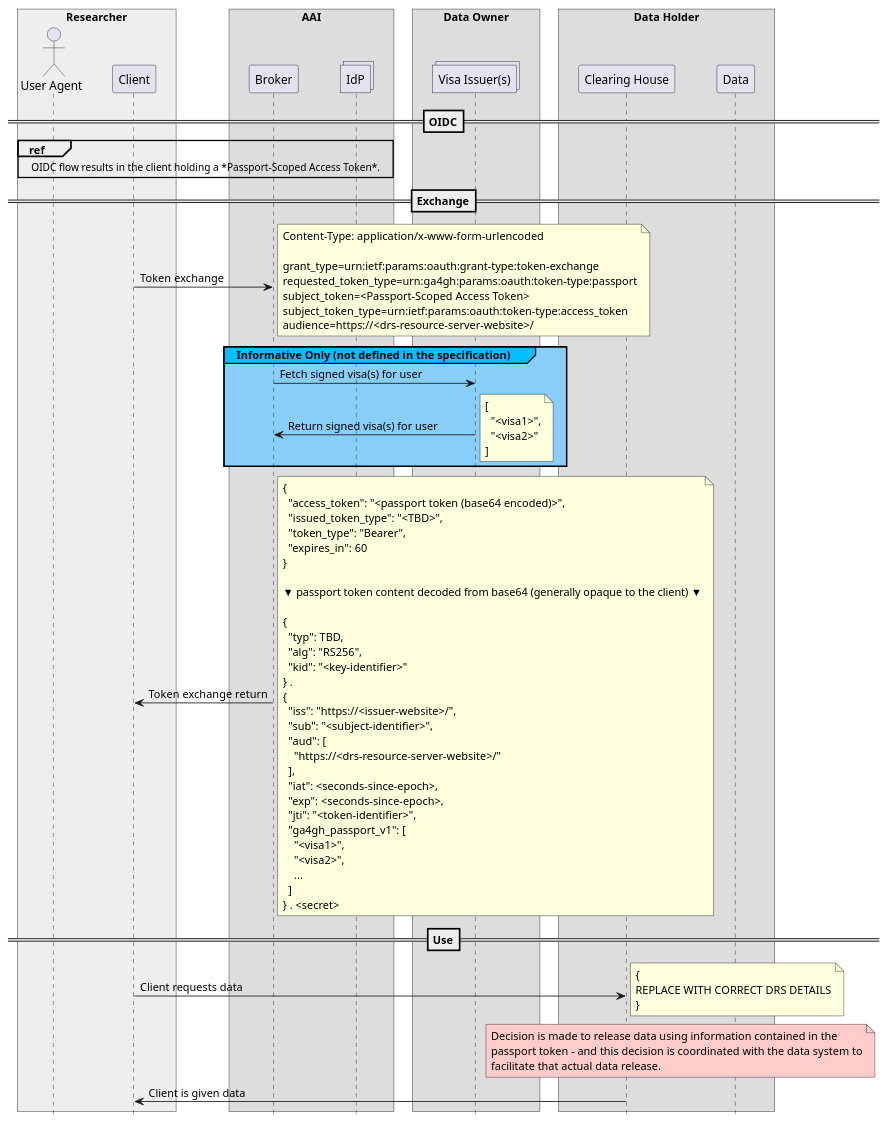
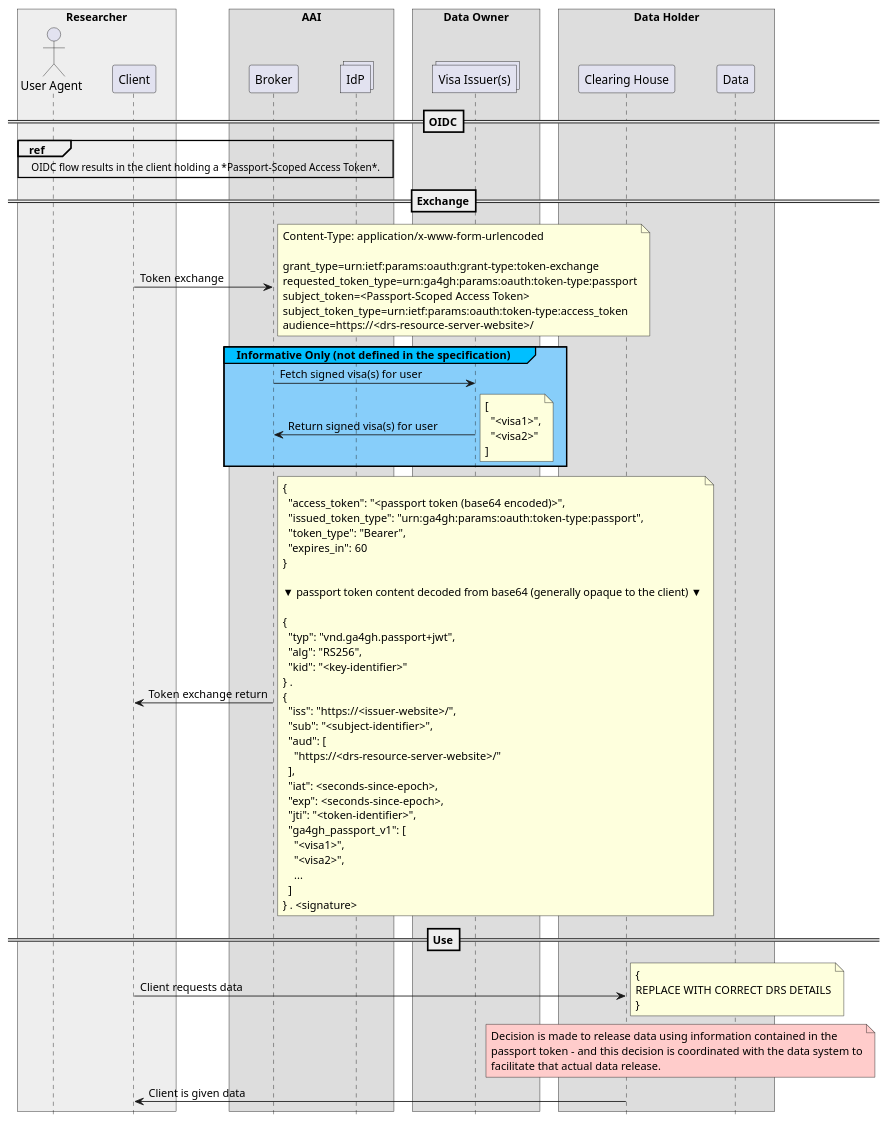
The second of 2 diagrams in AAI/FAQ.md (ga4gh/data-security), drawn with PlantUML before and after one commit. The commit also changed other lines of this file, not shown here.

```diff
--- a/AAI/FAQ.md
+++ b/AAI/FAQ.md
@@ -178,7 +177,7 @@
 note right
 {
   "access_token": "<passport token (base64 encoded)>",
-  "issued_token_type": "<TBD>",
+  "issued_token_type": "urn:ga4gh:params:oauth:token-type:passport",
   "token_type": "Bearer",
   "expires_in": 60
 }
@@ -186,7 +185,7 @@
 ▼ passport token content decoded from base64 (generally opaque to the client) ▼
 
 {
-  "typ": TBD,
+  "typ": "vnd.ga4gh.passport+jwt",
   "alg": "RS256",
   "kid": "<key-identifier>"
 } .
@@ -204,7 +203,7 @@
     "<visa2>",
     ...
   ]
-} . <secret>
+} . <signature>
 end note
 
 ==Use==
```
